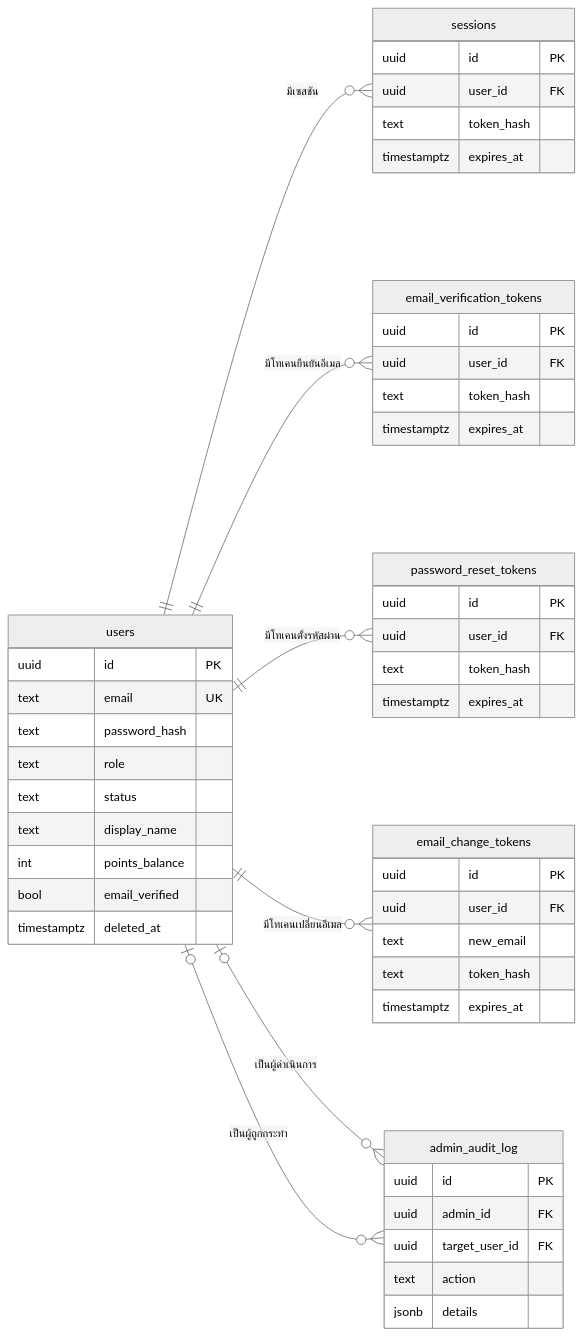
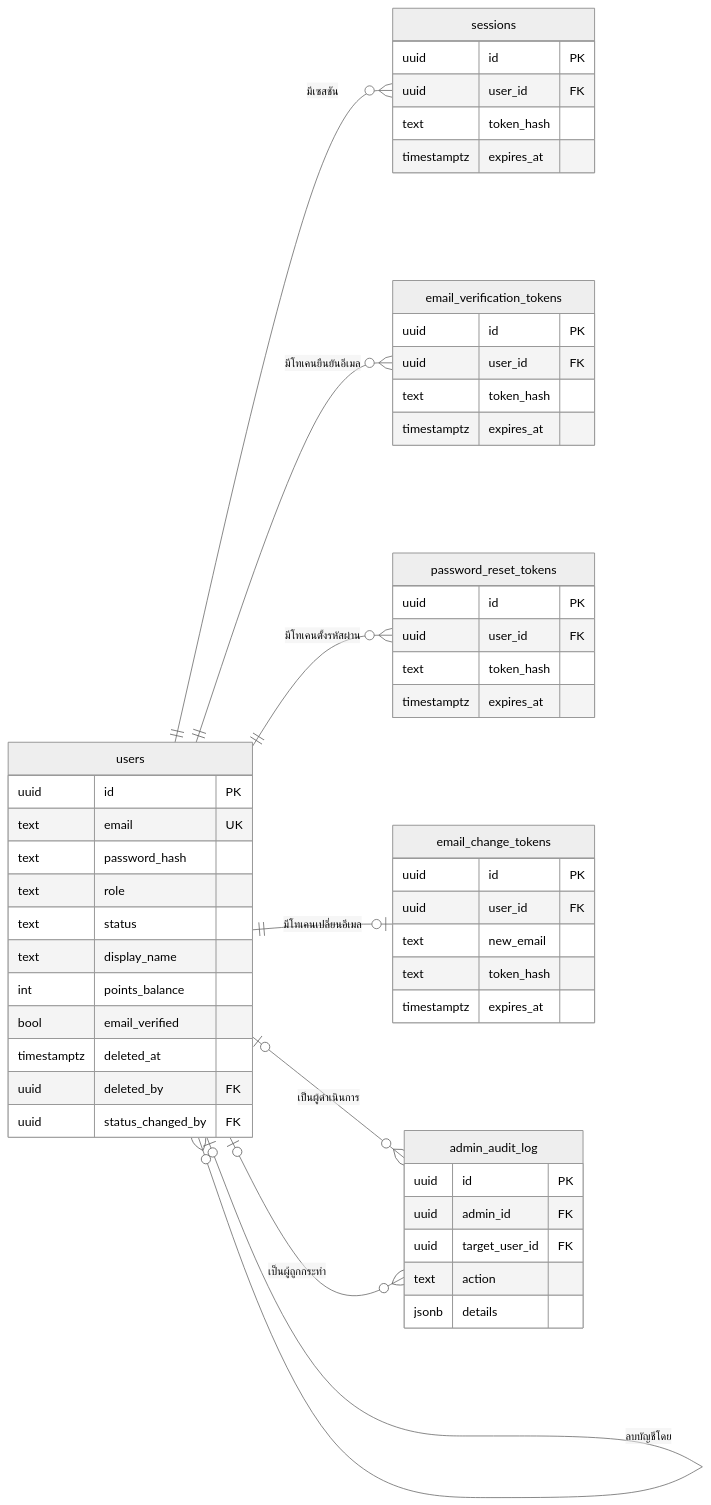
One commit to Poeir/docs-project1 changed the diagram in report/images/erd/erd-1-account.mmd. Above: the diagram before and after it, drawn with Mermaid (neutral theme). The commit also changed 11 other files, not shown here.

```diff
--- a/report/images/erd/erd-1-account.mmd
+++ b/report/images/erd/erd-1-account.mmd
@@ -1,52 +1,56 @@
 erDiagram
     direction LR
     users ||--o{ sessions : "มีเซสชัน"
     users ||--o{ email_verification_tokens : "มีโทเคนยืนยันอีเมล"
     users ||--o{ password_reset_tokens : "มีโทเคนตั้งรหัสผ่าน"
-    users ||--o{ email_change_tokens : "มีโทเคนเปลี่ยนอีเมล"
+    users ||--o| email_change_tokens : "มีโทเคนเปลี่ยนอีเมล"
     users |o--o{ admin_audit_log : "เป็นผู้ดำเนินการ"
     users |o--o{ admin_audit_log : "เป็นผู้ถูกกระทำ"
+    users |o--o{ users : "ระงับบัญชีโดย"
+    users |o--o{ users : "ลบบัญชีโดย"
 
     users {
         uuid id PK
         text email UK
         text password_hash
         text role
         text status
         text display_name
         int points_balance
         bool email_verified
         timestamptz deleted_at
+        uuid deleted_by FK
+        uuid status_changed_by FK
     }
     sessions {
         uuid id PK
         uuid user_id FK
         text token_hash
         timestamptz expires_at
     }
     email_verification_tokens {
         uuid id PK
         uuid user_id FK
         text token_hash
         timestamptz expires_at
     }
     password_reset_tokens {
         uuid id PK
         uuid user_id FK
         text token_hash
         timestamptz expires_at
     }
     email_change_tokens {
         uuid id PK
         uuid user_id FK
         text new_email
         text token_hash
         timestamptz expires_at
     }
     admin_audit_log {
         uuid id PK
         uuid admin_id FK
         uuid target_user_id FK
         text action
         jsonb details
     }
```
